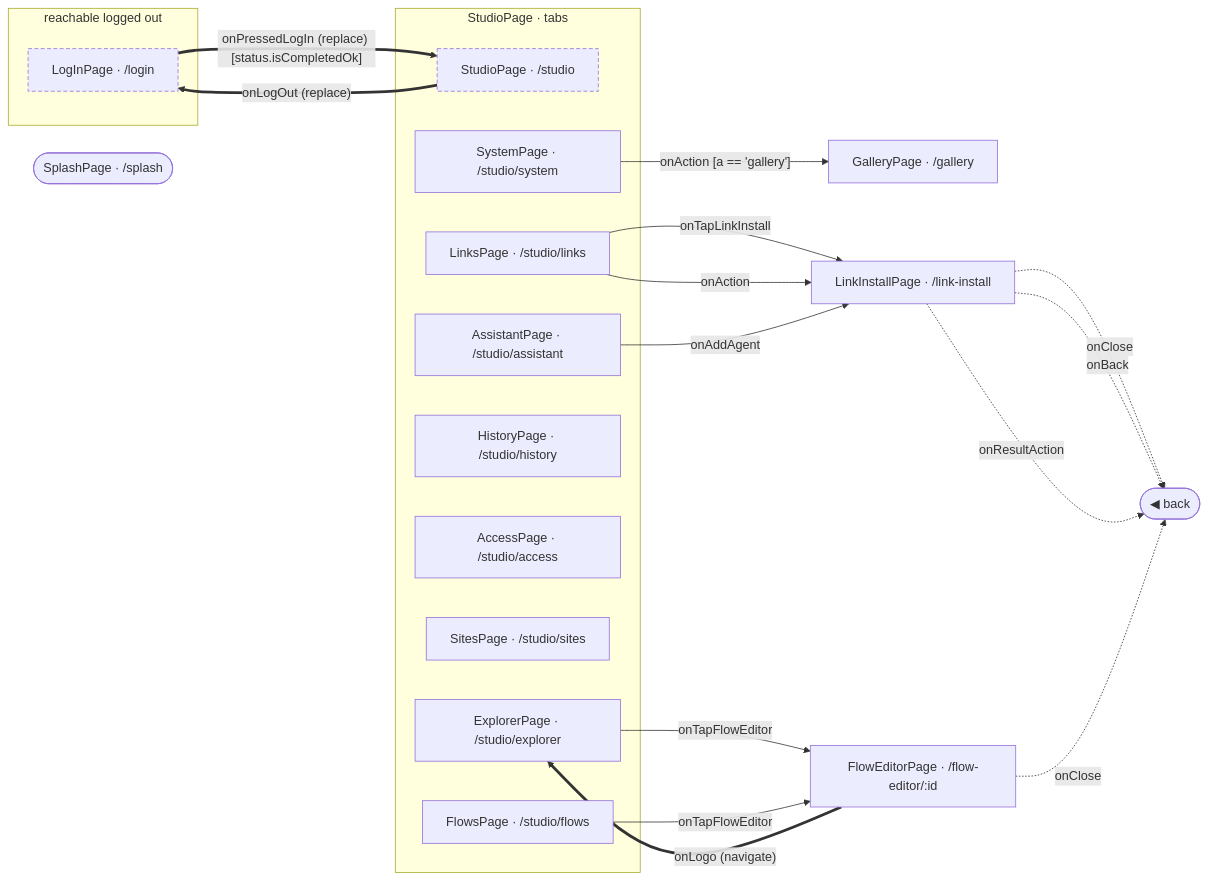
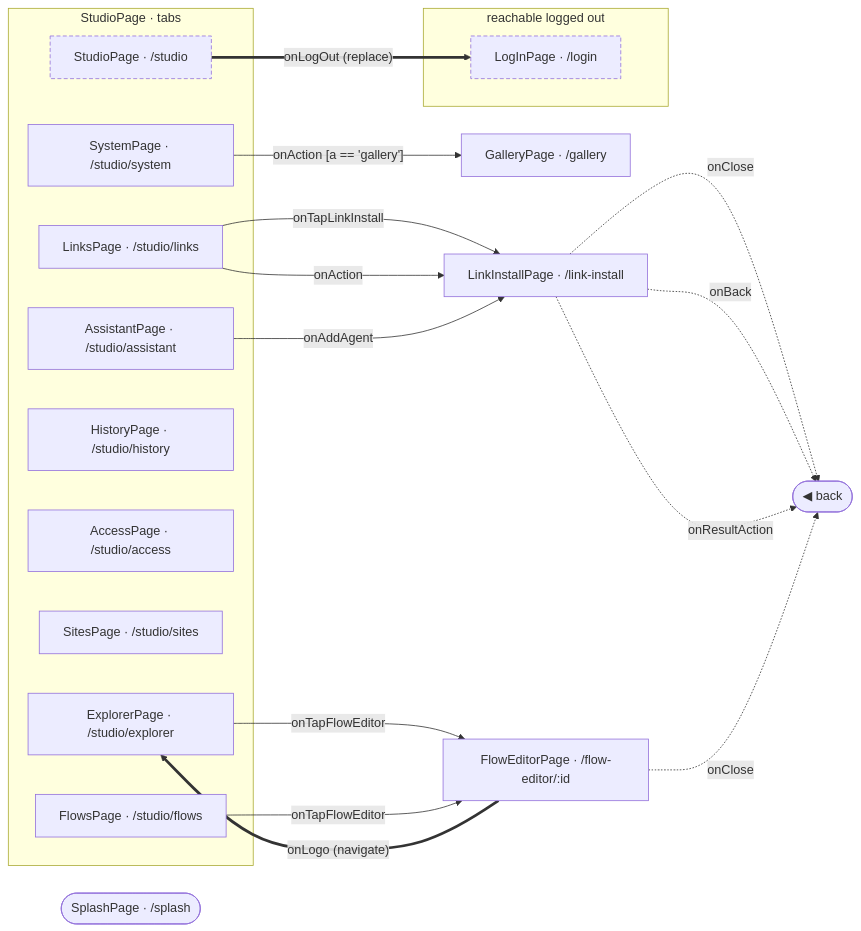
Before and after one commit to gencto/wyrm: the diagram in studio/docs/flows/README.md, drawn with Mermaid. The commit also changed other lines of this file and 83 other files, not shown here.

Commit message:
studio: log-in page to its spec, preload on welcome, refresh without hiding content

````diff
--- a/studio/docs/flows/README.md
+++ b/studio/docs/flows/README.md
@@ -7,39 +7,38 @@
 ```mermaid
 flowchart LR
     subgraph frxPublic["reachable logged out"]
         logIn["LogInPage · /login"]
     end
     splash(["SplashPage · /splash"])
     gallery["GalleryPage · /gallery"]
     subgraph frxTabs_studio["StudioPage · tabs"]
         studio["StudioPage · /studio"]
         explorer["ExplorerPage · /studio/explorer"]
         links["LinksPage · /studio/links"]
         flows["FlowsPage · /studio/flows"]
         history["HistoryPage · /studio/history"]
         access["AccessPage · /studio/access"]
         sites["SitesPage · /studio/sites"]
         assistant["AssistantPage · /studio/assistant"]
         system["SystemPage · /studio/system"]
     end
     linkInstall["LinkInstallPage · /link-install"]
     flowEditor["FlowEditorPage · /flow-editor/:id"]
     frxBack(["◀ back"])
 
-    logIn ==>|"onPressedLogIn (replace) [status.isCompletedOk]"| studio
     studio ==>|"onLogOut (replace)"| logIn
     explorer -->|"onTapFlowEditor"| flowEditor
     links -->|"onTapLinkInstall"| linkInstall
     links -->|"onAction"| linkInstall
     flows -->|"onTapFlowEditor"| flowEditor
     assistant -->|"onAddAgent"| linkInstall
     system -->|"onAction [a == 'gallery']"| gallery
     linkInstall -.->|"onClose"| frxBack
     linkInstall -.->|"onBack"| frxBack
     linkInstall -.->|"onResultAction"| frxBack
     flowEditor -.->|"onClose"| frxBack
     flowEditor ==>|"onLogo (navigate)"| explorer
 
     classDef frxEntry stroke-dasharray: 5 3
     class logIn,studio frxEntry
 ```
````
